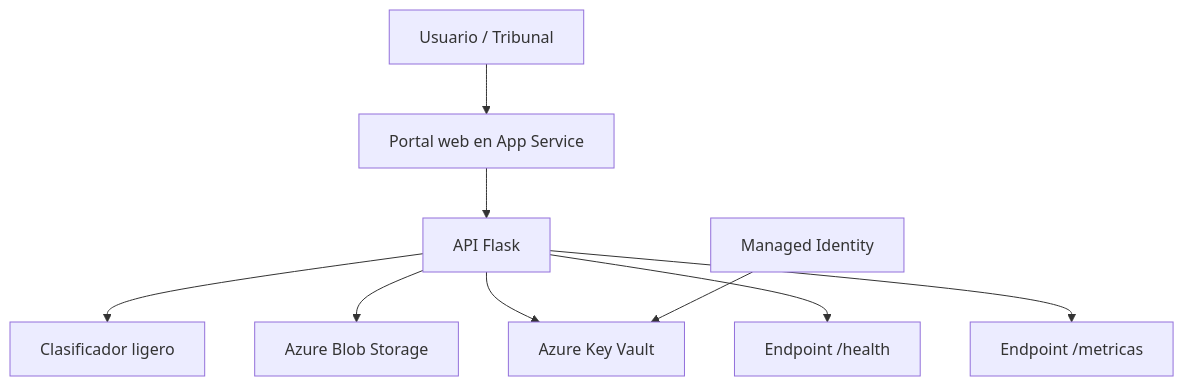
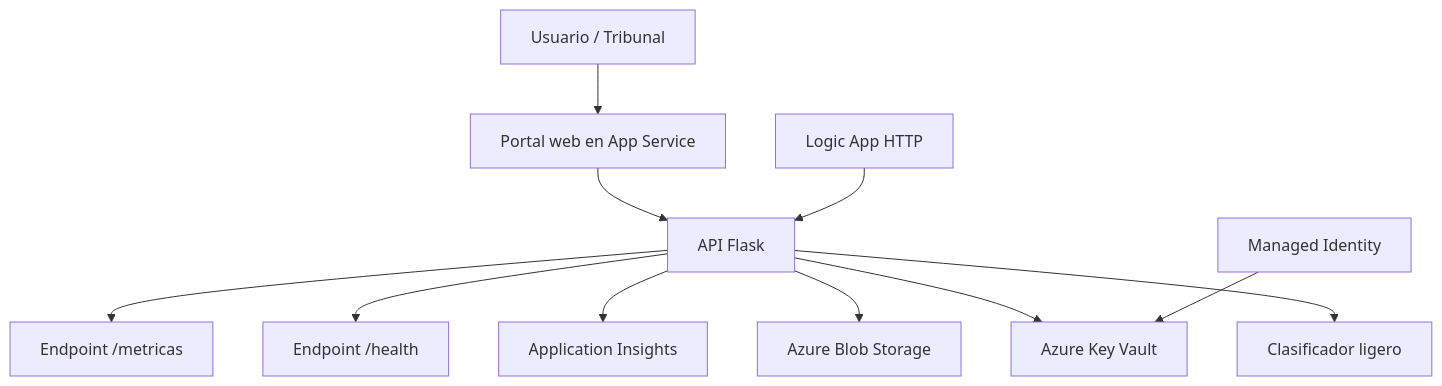
One commit to karimadrico/tfg-azure-servicio-empresarial-seguro changed the first of 5 diagrams in docs/diagramas/diagramas.md. Above: the diagram before and after it, drawn with Mermaid. The commit also changed other lines of this file and 9 other files, not shown here.

Commit message:
Actualizar documentacion de diagramas y anexos cloud

````diff
--- a/docs/diagramas/diagramas.md
+++ b/docs/diagramas/diagramas.md
@@ -7,11 +64,13 @@
 ```mermaid
 flowchart TB
     usuario[Usuario / Tribunal] --> portal[Portal web en App Service]
     portal --> api[API Flask]
     api --> clasificador[Clasificador ligero]
     api --> storage[Azure Blob Storage]
     api --> keyvault[Azure Key Vault]
+    api --> appinsights[Application Insights]
+    logicapp[Logic App HTTP] --> api
     appid[Managed Identity] --> keyvault
     api --> health[Endpoint /health]
     api --> metricas[Endpoint /metricas]
 ```
````
